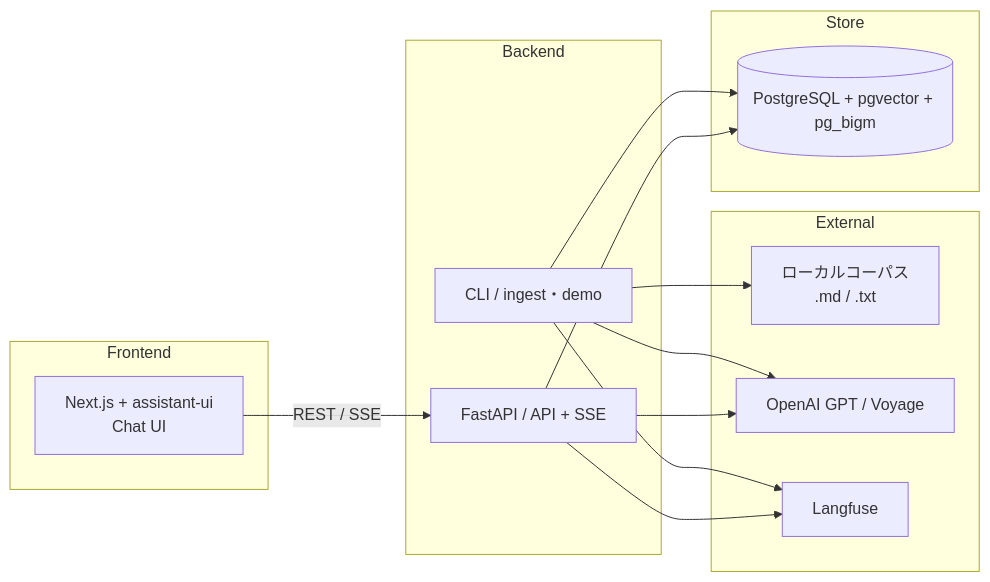
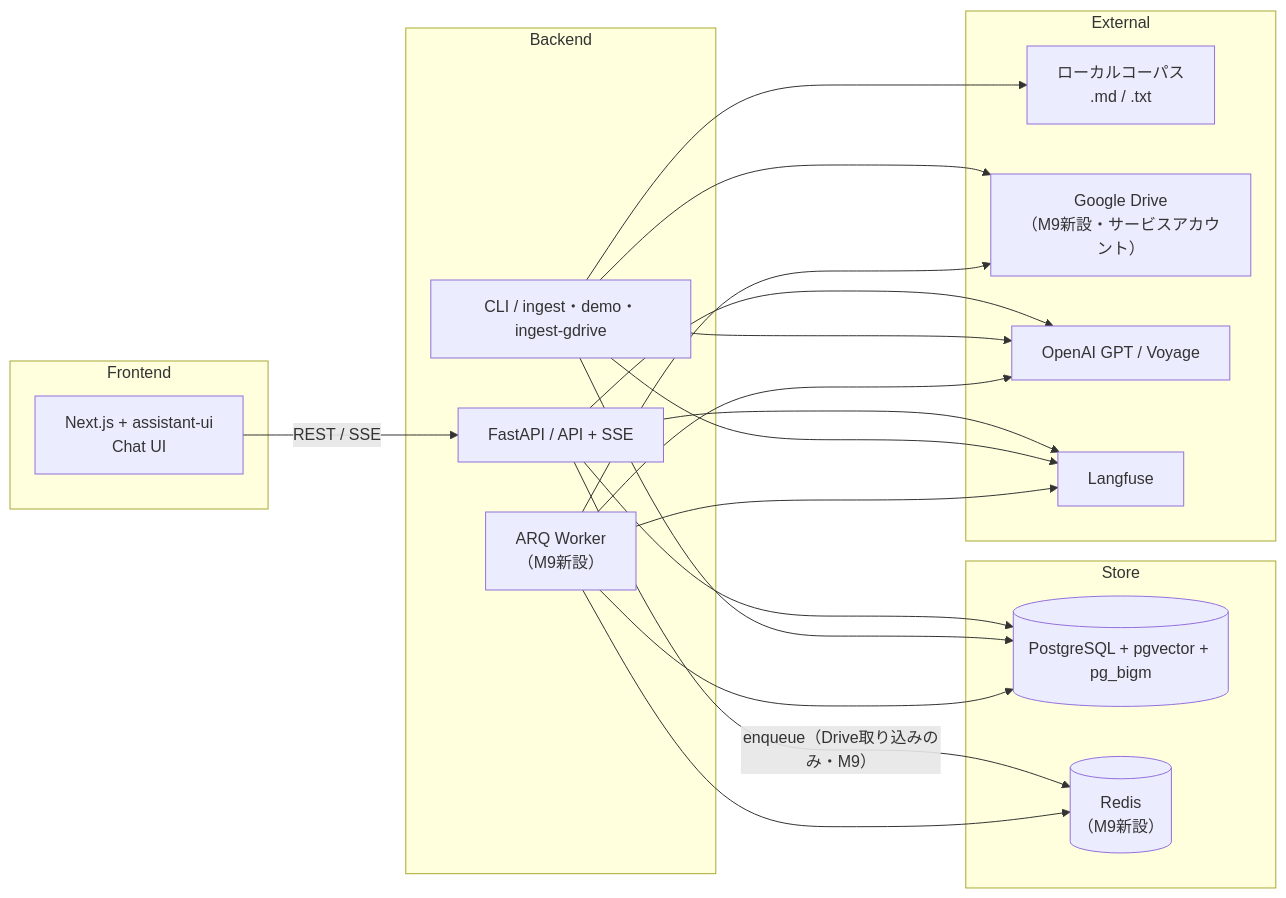
One commit to mskzuki/private_rag_apps changed the first of 3 diagrams in docs/architecture.md. Above: the diagram before and after it, drawn with Mermaid. The commit also changed other lines of this file and 1 other file, not shown here.

First line of the commit message:
docs(architecture): M9のGoogle Drive取り込みをarchitecture.md/db_design.mdへ反映する

````diff
--- a/docs/architecture.md
+++ b/docs/architecture.md
@@ -13,27 +13,37 @@
 ```mermaid
 flowchart LR
     subgraph client[Frontend]
       web[Next.js + assistant-ui<br/>Chat UI]
     end
     subgraph server[Backend]
       api[FastAPI / API + SSE]
-      cli[CLI / ingest・demo]
+      cli[CLI / ingest・demo・ingest-gdrive]
+      worker[ARQ Worker<br/>（M9新設）]
     end
     subgraph store[Store]
       pg[(PostgreSQL + pgvector + pg_bigm)]
+      redis[(Redis<br/>（M9新設）)]
     end
     subgraph ext[External]
       corpus[ローカルコーパス<br/>.md / .txt]
+      gdrive[Google Drive<br/>（M9新設・サービスアカウント）]
       ai[OpenAI GPT / Voyage]
       lf[Langfuse]
     end
 
     web -->|REST / SSE| api
     api --> pg
     api --> ai
     api --> lf
+    api -->|enqueue（Drive取り込みのみ・M9）| redis
     cli --> corpus
+    cli --> gdrive
     cli --> ai
     cli --> pg
     cli --> lf
+    worker --> redis
+    worker --> gdrive
+    worker --> ai
+    worker --> pg
+    worker --> lf
 ```
````
